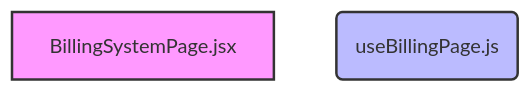
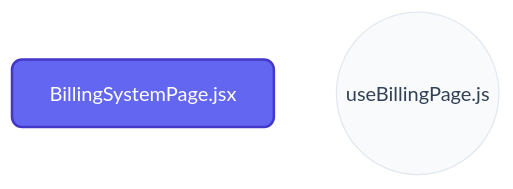
Before and after one commit to nexowebai/nexo-superadmin: the second of 2 diagrams in src/features/billing/README.md, drawn with Mermaid. The commit also changed other lines of this file and 16 other files, not shown here.

````diff
--- a/src/features/billing/README.md
+++ b/src/features/billing/README.md
@@ -20,9 +25,10 @@
 ```mermaid
+%%{init: {'theme': 'base', 'themeVariables': { 'primaryColor': '#6366f1', 'primaryTextColor': '#fff', 'primaryBorderColor': '#4338ca', 'lineColor': '#818cf8', 'secondaryColor': '#f8fafc', 'tertiaryColor': '#e2e8f0'}}}%%
 graph TD
-    classDef page fill:#f9f,stroke:#333,stroke-width:2px;
-    classDef hook fill:#bbf,stroke:#333,stroke-width:2px;
-    classDef service fill:#bfb,stroke:#333,stroke-width:2px;
+    classDef page fill:#6366f1,stroke:#4338ca,stroke-width:2px,color:#fff,rx:8,ry:8;
+    classDef hook fill:#f8fafc,stroke:#e2e8f0,stroke-width:1px,color:#334155,rx:20,ry:20;
+    classDef service fill:#1e293b,stroke:#0f172a,stroke-width:2px,color:#f8fafc,rx:4,ry:4;
 
     BillingSystemPage[BillingSystemPage.jsx]:::page
-    useBillingPage(useBillingPage.js):::hook
+    useBillingPage((useBillingPage.js)):::hook
 ```
````
